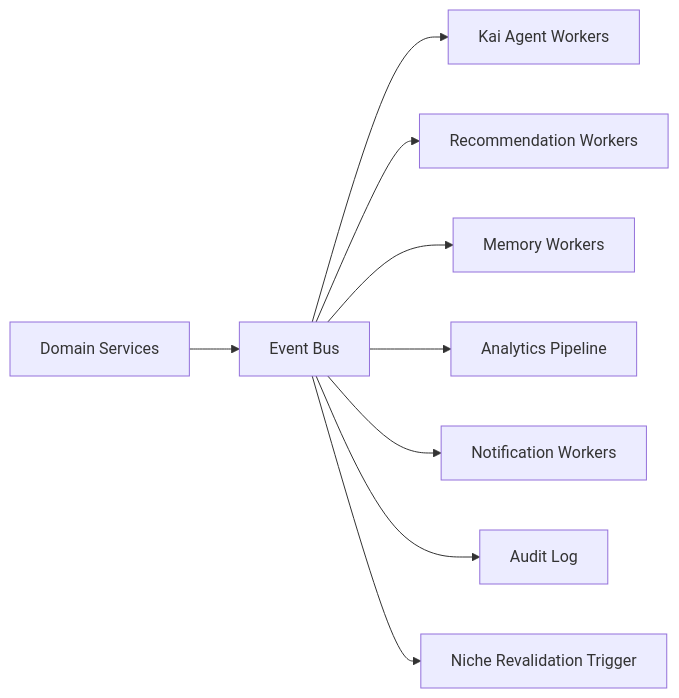
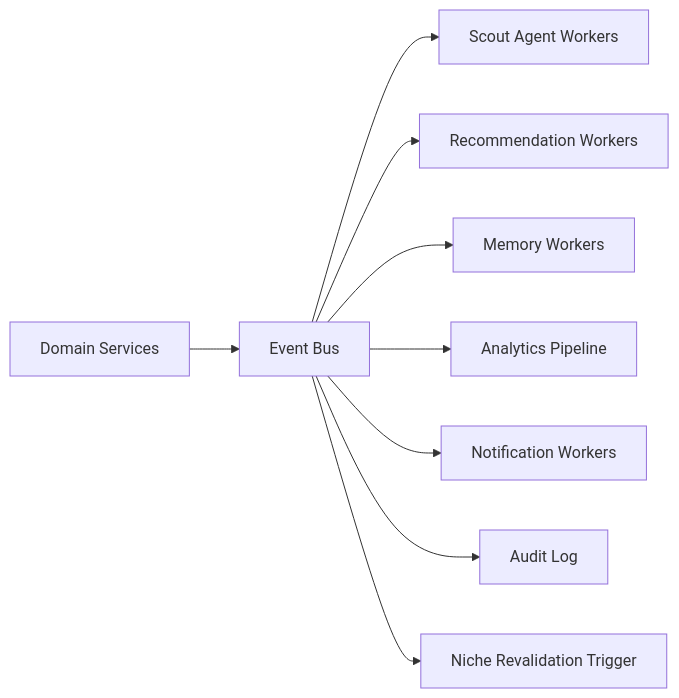
The diagram in docs/EVENT_DRIVEN_ARCHITECTURE.md (Mirzzie/Fadi), drawn with Mermaid before and after one commit. The commit also changed other lines of this file and 142 other files, not shown here.

First line of the commit message:
feat!: rename Kai → Scout — the agent that finds what's ahead of you

````diff
--- a/docs/EVENT_DRIVEN_ARCHITECTURE.md
+++ b/docs/EVENT_DRIVEN_ARCHITECTURE.md
@@ -20,11 +20,11 @@
 ```mermaid
 flowchart LR
     Services[Domain Services] --> Bus[Event Bus]
-    Bus --> Agent[Kai Agent Workers]
+    Bus --> Agent[Scout Agent Workers]
     Bus --> Rec[Recommendation Workers]
     Bus --> Memory[Memory Workers]
     Bus --> Analytics[Analytics Pipeline]
     Bus --> Notify[Notification Workers]
     Bus --> Audit[Audit Log]
     Bus --> NicheWatch[Niche Revalidation Trigger]
 ```
````
